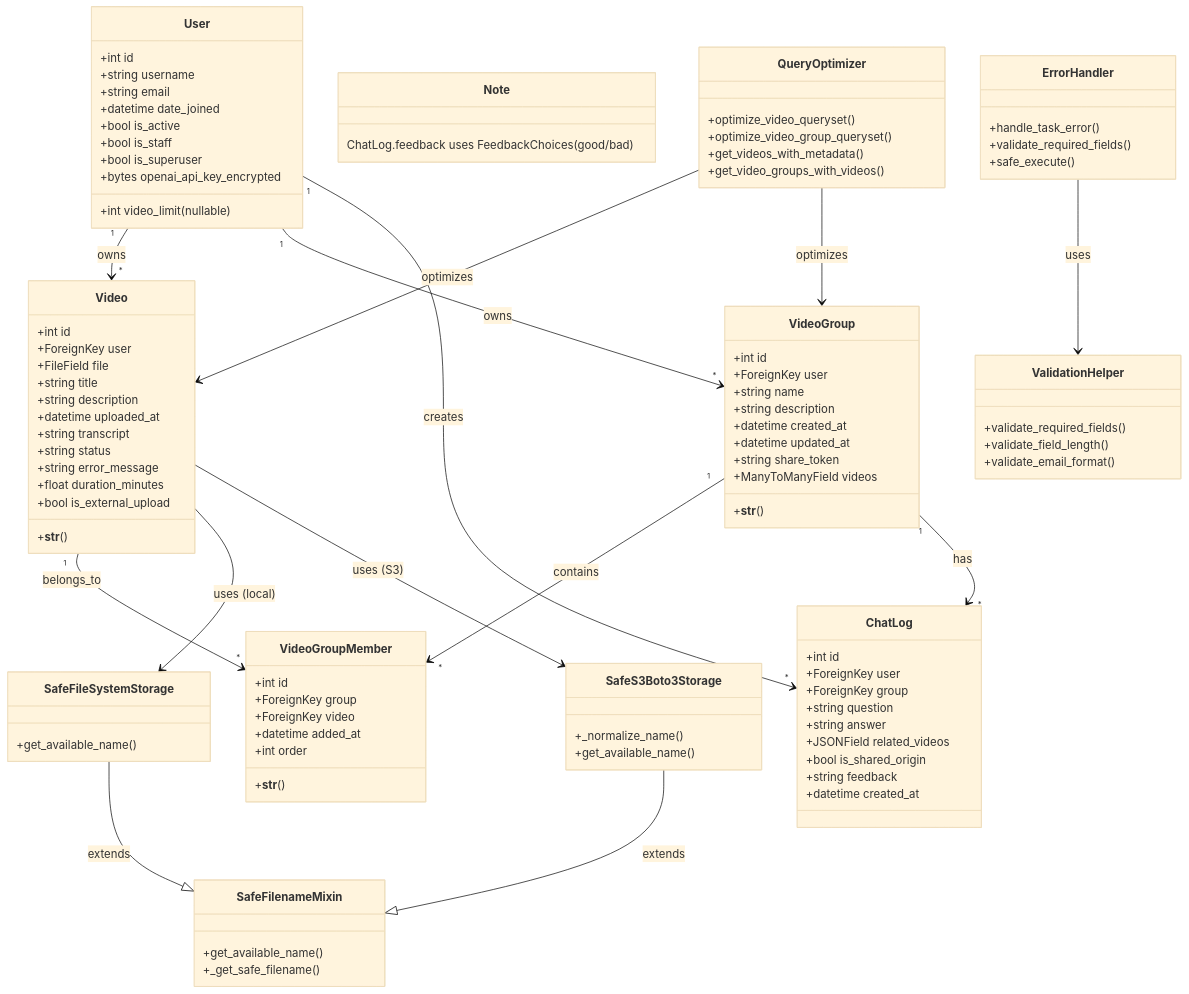
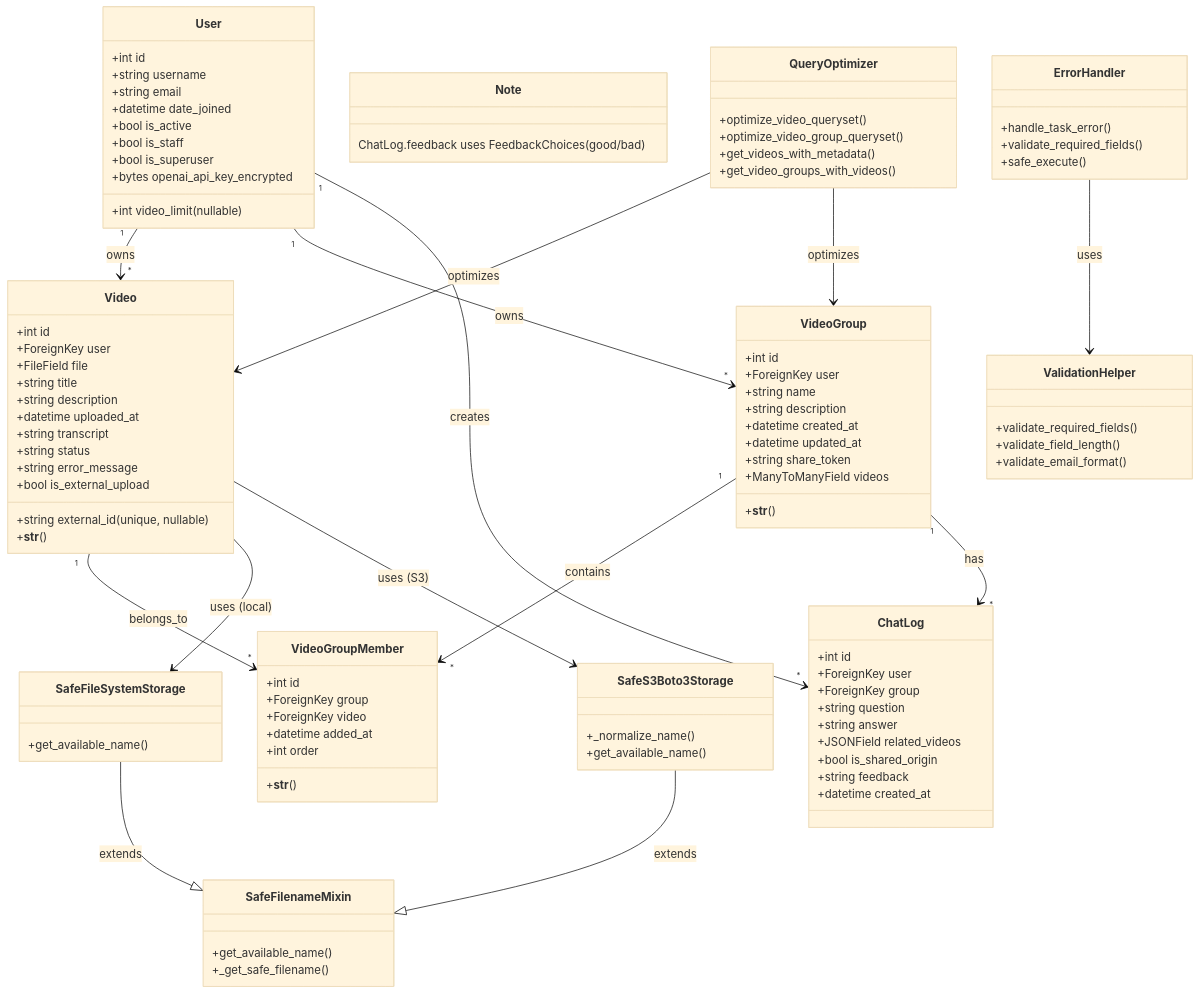
Before and after one commit to yukiharada1228/videoq: the first of 3 diagrams in docs/design/class-diagram.md, drawn with Mermaid (base theme). The commit also changed 1 other file, not shown here.

Commit message:
docs: Videoモデルからduration_minutesを削除し、external_idを追加

```diff
--- a/docs/design/class-diagram.md
+++ b/docs/design/class-diagram.md
@@ -30,8 +30,8 @@
         +string transcript
         +string status
         +string error_message
-        +float duration_minutes
         +bool is_external_upload
+        +string external_id (unique, nullable)
         +__str__()
     }
     
```
